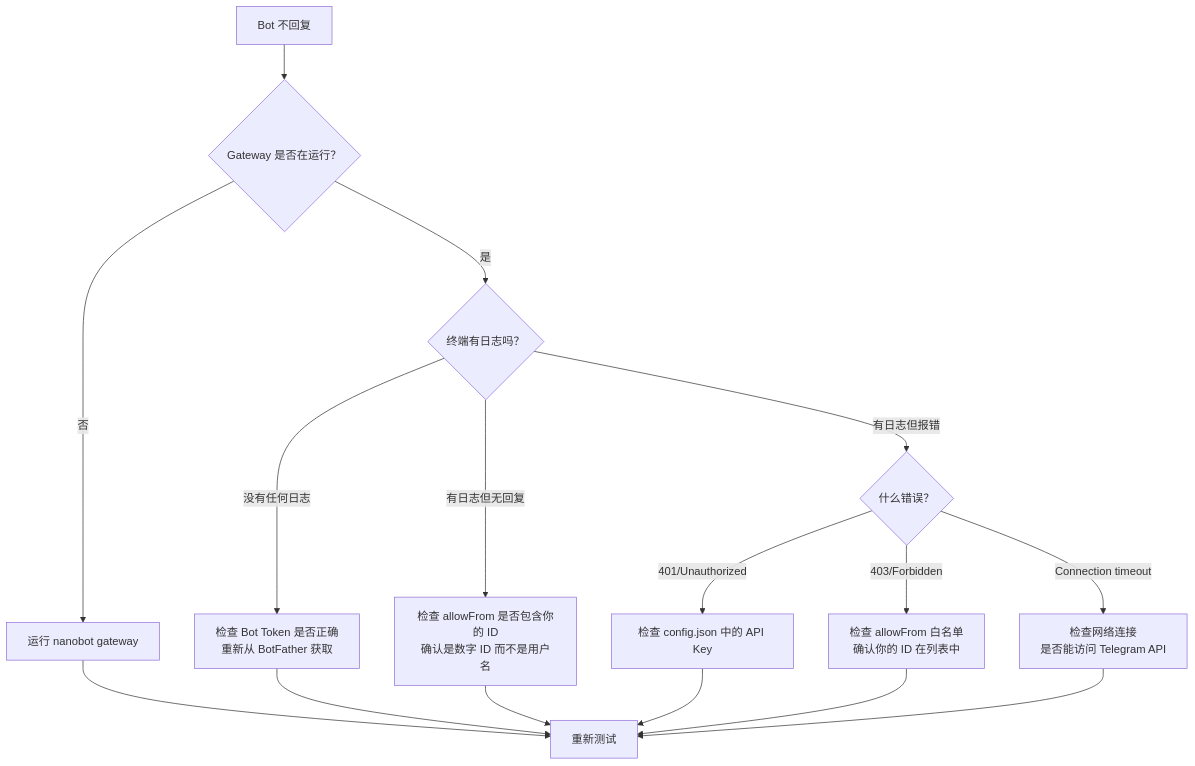
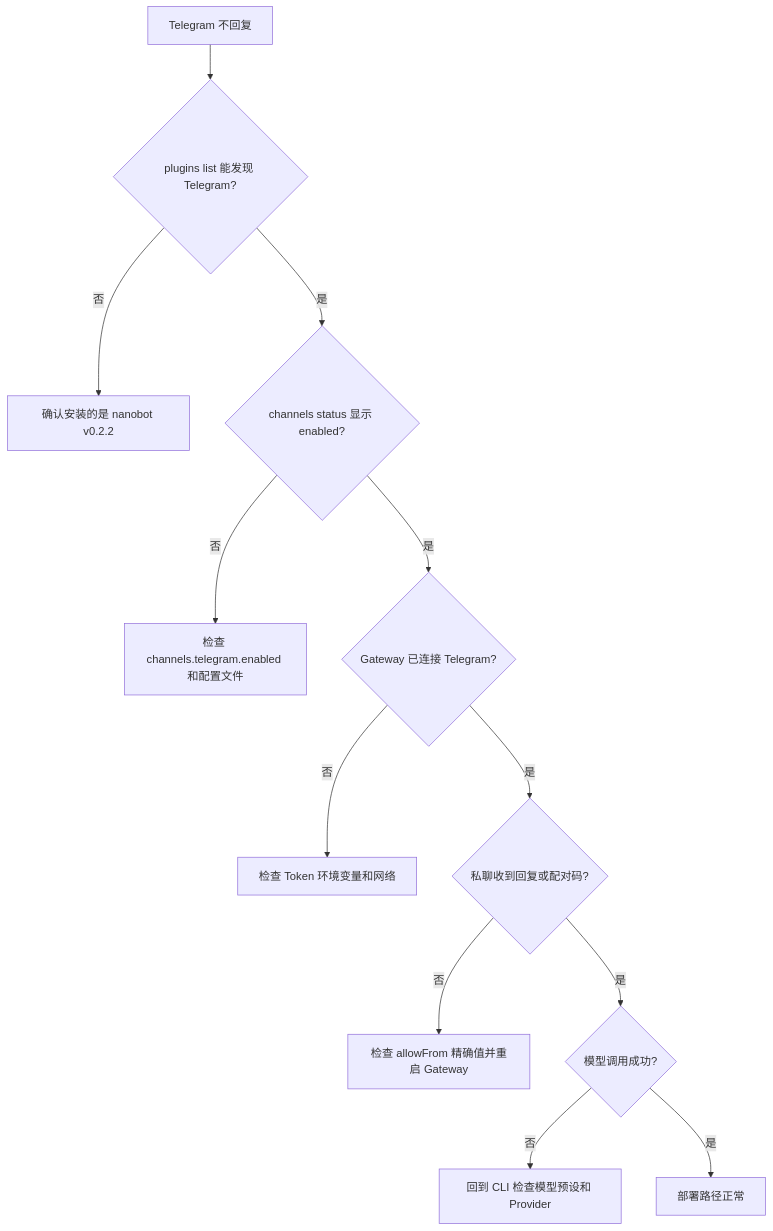
The second of 2 diagrams in docs/zh-cn/zero/05-deploy-telegram.md (sine-io/byte-of-nanobot), drawn with Mermaid before and after one commit. The commit also changed other lines of this file, not shown here.

````diff
--- a/docs/zh-cn/zero/05-deploy-telegram.md
+++ b/docs/zh-cn/zero/05-deploy-telegram.md
@@ -244,21 +233,14 @@
 ```mermaid
 flowchart TD
-    start[Bot 不回复] --> q1{Gateway 是否在运行？}
-    q1 -- 否 --> fix1[运行 nanobot gateway]
-    q1 -- 是 --> q2{终端有日志吗？}
-    
-    q2 -- 没有任何日志 --> fix2[检查 Bot Token 是否正确<br/>重新从 BotFather 获取]
-    q2 -- 有日志但报错 --> q3{什么错误？}
-    q2 -- 有日志但无回复 --> fix3[检查 allowFrom 是否包含你的 ID<br/>确认是数字 ID 而不是用户名]
-    
-    q3 -- 401/Unauthorized --> fix4[检查 config.json 中的 API Key]
-    q3 -- 403/Forbidden --> fix5[检查 allowFrom 白名单<br/>确认你的 ID 在列表中]
-    q3 -- Connection timeout --> fix6[检查网络连接<br/>是否能访问 Telegram API]
-    
-    fix1 --> verify[重新测试]
-    fix2 --> verify
-    fix3 --> verify
-    fix4 --> verify
-    fix5 --> verify
-    fix6 --> verify
+    start[Telegram 不回复] --> q1{plugins list 能发现 Telegram?}
+    q1 -- 否 --> fix1[确认安装的是 nanobot v0.2.2]
+    q1 -- 是 --> q2{channels status 显示 enabled?}
+    q2 -- 否 --> fix2[检查 channels.telegram.enabled 和配置文件]
+    q2 -- 是 --> q3{Gateway 已连接 Telegram?}
+    q3 -- 否 --> fix3[检查 Token 环境变量和网络]
+    q3 -- 是 --> q4{私聊收到回复或配对码?}
+    q4 -- 否 --> fix4[检查 allowFrom 精确值并重启 Gateway]
+    q4 -- 是 --> q5{模型调用成功?}
+    q5 -- 否 --> fix5[回到 CLI 检查模型预设和 Provider]
+    q5 -- 是 --> ok[部署路径正常]
 ```
````
